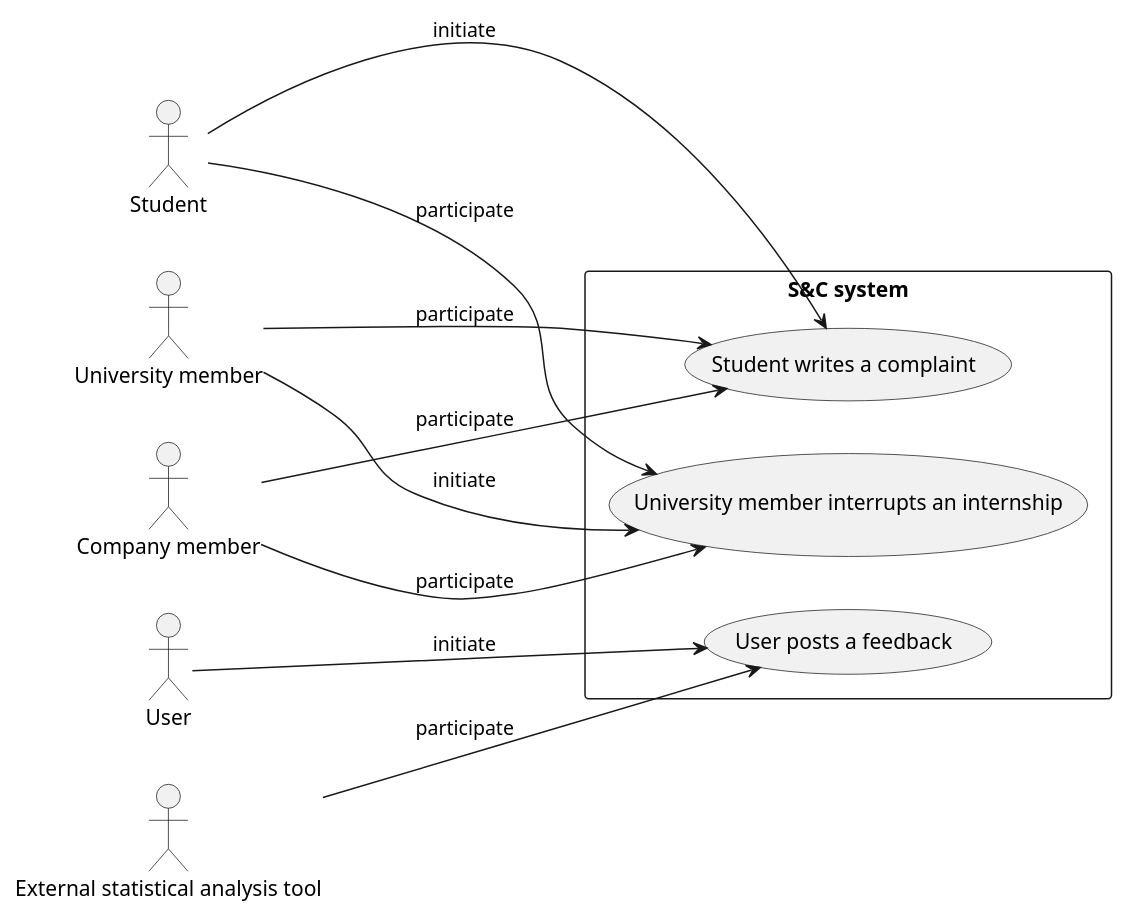
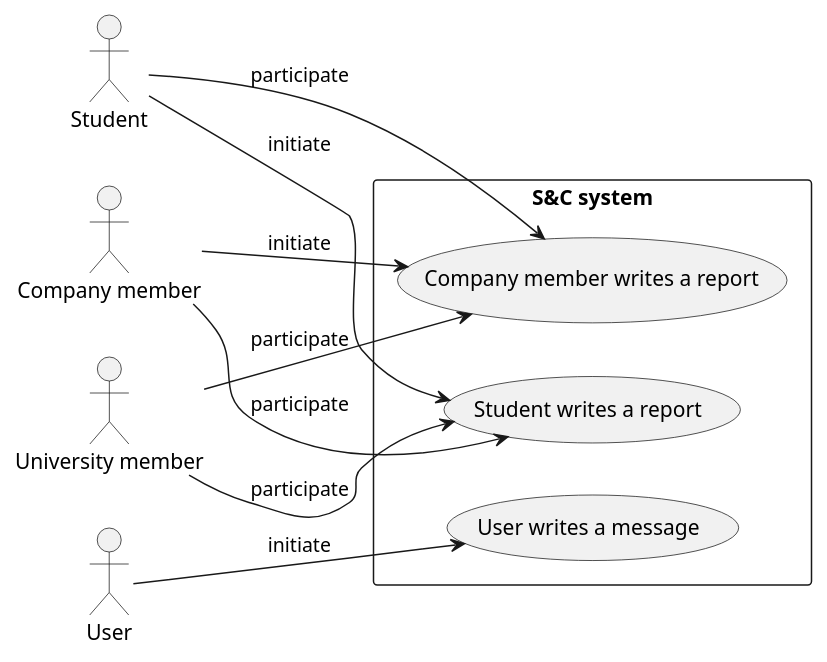
Before and after one commit to matti8702/R_and_DD_project_SE2: the diagram in RASD/Specific_requirements/uml_diagrams/use_cases_diagram6.puml, drawn with PlantUML. The commit also changed 6 other files, not shown here.

Commit message:
refactor: improve readability of use case diagrams

```diff
--- a/RASD/Specific_requirements/uml_diagrams/use_cases_diagram6.puml
+++ b/RASD/Specific_requirements/uml_diagrams/use_cases_diagram6.puml
@@ -1,28 +1,26 @@
 @startuml use_cases_diagram6
 left to right direction
 
 together{
     actor :Student: as ST
     actor :Company member: as CM
     actor :University member: as UM
-    actor :External statistical analysis tool: as STAT
     actor :User: as U
 }
 
 rectangle "S&C system"{
-    usecase (Student writes a complaint) as UC26
-    usecase (University member interrupts an internship) as UC27
-    usecase (User posts a feedback) as UC28
+    usecase (User writes a message) as UC23
+    usecase (Student writes a report) as UC24
+    usecase (Company member writes a report) as UC25
 }
 
-ST --> UC26: initiate
-UM --> UC26 : participate
-CM --> UC26 : participate
+U --> UC23 : initiate
 
-UM ---> UC27: initiate
-CM --> UC27 : participate
-ST --> UC27 : participate
+ST --> UC24: initiate
+CM --> UC24: participate
+UM --> UC24 : participate
 
-STAT -> UC28: participate
-U --> UC28: initiate
+ST -> UC25 : participate
+CM --> UC25: initiate
+UM --> UC25: participate
 @enduml
```
